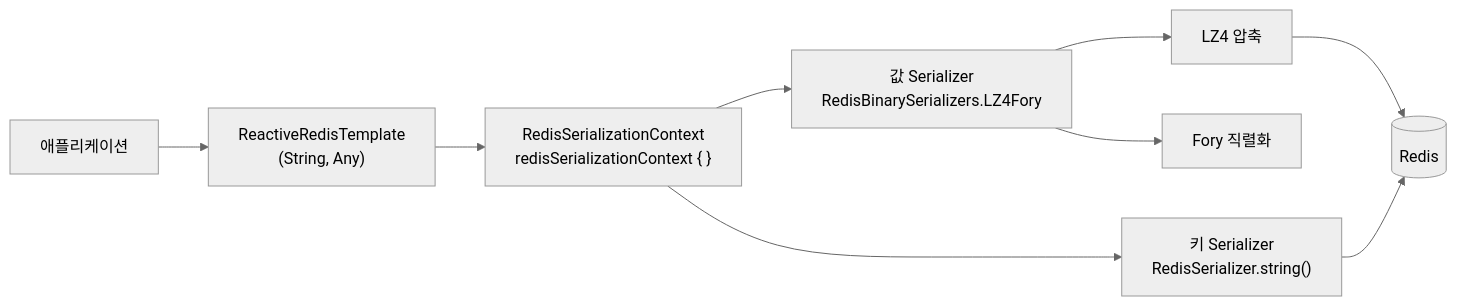
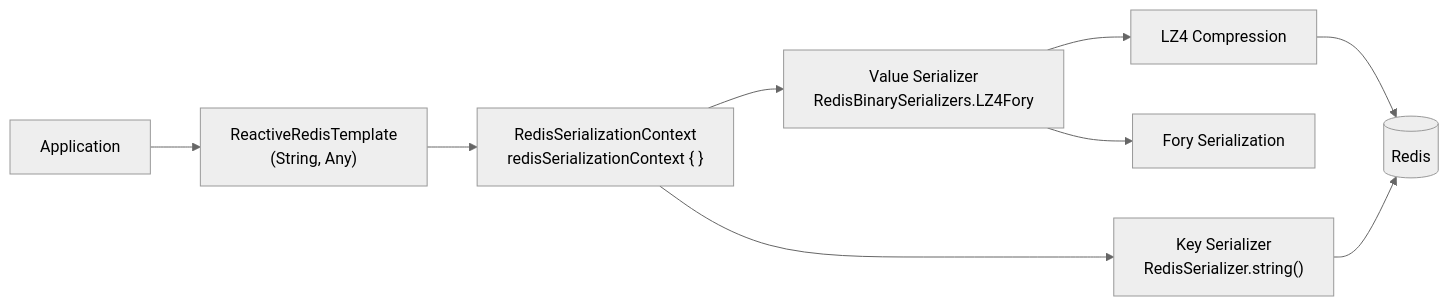
Before and after one commit to bluetape4k/bluetape4k-projects: the second of 2 diagrams in spring-boot3/redis/README.md, drawn with Mermaid (neutral theme). The commit also changed other lines of this file and 265 other files, not shown here.

````diff
--- a/spring-boot3/redis/README.md
+++ b/spring-boot3/redis/README.md
@@ -153,11 +155,11 @@
 ```mermaid
 flowchart LR
-    App["애플리케이션"] --> Template["ReactiveRedisTemplate<br/>(String, Any)"]
+    App["Application"] --> Template["ReactiveRedisTemplate<br/>(String, Any)"]
     Template --> Context["RedisSerializationContext<br/>redisSerializationContext { }"]
-    Context --> KeySer["키 Serializer<br/>RedisSerializer.string()"]
-    Context --> ValSer["값 Serializer<br/>RedisBinarySerializers.LZ4Fory"]
-    ValSer --> Fory["Fory 직렬화"]
-    ValSer --> LZ4["LZ4 압축"]
+    Context --> KeySer["Key Serializer<br/>RedisSerializer.string()"]
+    Context --> ValSer["Value Serializer<br/>RedisBinarySerializers.LZ4Fory"]
+    ValSer --> Fory["Fory Serialization"]
+    ValSer --> LZ4["LZ4 Compression"]
     LZ4 --> Redis[("Redis")]
     KeySer --> Redis
 ```
````
